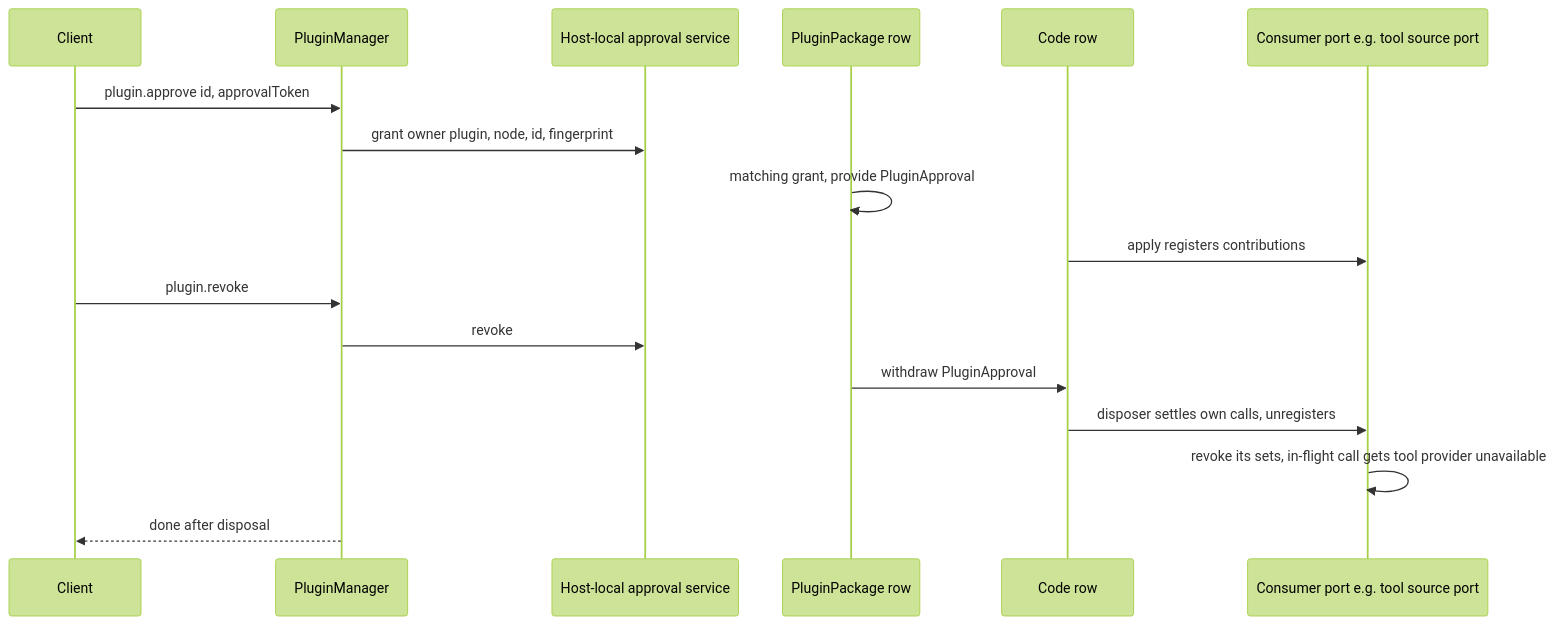
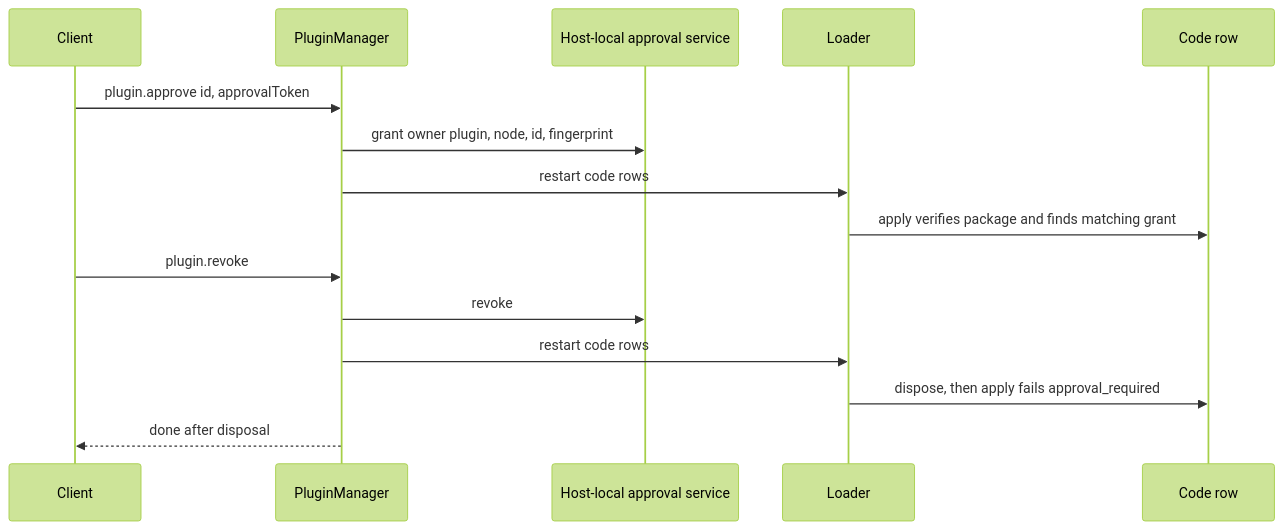
The fourth of 6 diagrams in docs/design/plugins/PluginManager.md (CoutinhoTTS/dim-agent), drawn with Mermaid (forest theme) before and after one commit. The commit also changed other lines of this file and 2 other files, not shown here.

Commit message:
docs(design): rescope Modality, PluginManager and RemoteGateway per ADR 002

````diff
--- a/docs/design/plugins/PluginManager.md
+++ b/docs/design/plugins/PluginManager.md
@@ -111,19 +97,17 @@
 ```mermaid
 sequenceDiagram
   participant C as Client
   participant PM as PluginManager
   participant A as Host-local approval service
-  participant R as PluginPackage row
+  participant L as Loader
   participant K as Code row
-  participant TR as Consumer port e.g. tool source port
   C->>PM: plugin.approve id, approvalToken
   PM->>A: grant owner plugin, node, id, fingerprint
-  R->>R: matching grant, provide PluginApproval
-  K->>TR: apply registers contributions
+  PM->>L: restart code rows
+  L->>K: apply verifies package and finds matching grant
   C->>PM: plugin.revoke
   PM->>A: revoke
-  R->>K: withdraw PluginApproval
-  K->>TR: disposer settles own calls, unregisters
-  TR->>TR: revoke its sets, in-flight call gets tool provider unavailable
+  PM->>L: restart code rows
+  L->>K: dispose, then apply fails approval_required
   PM-->>C: done after disposal
 ```
````
